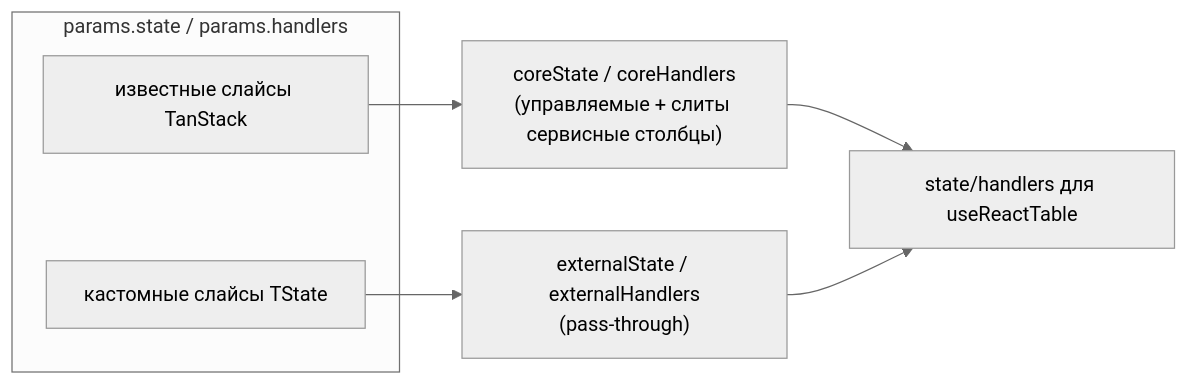
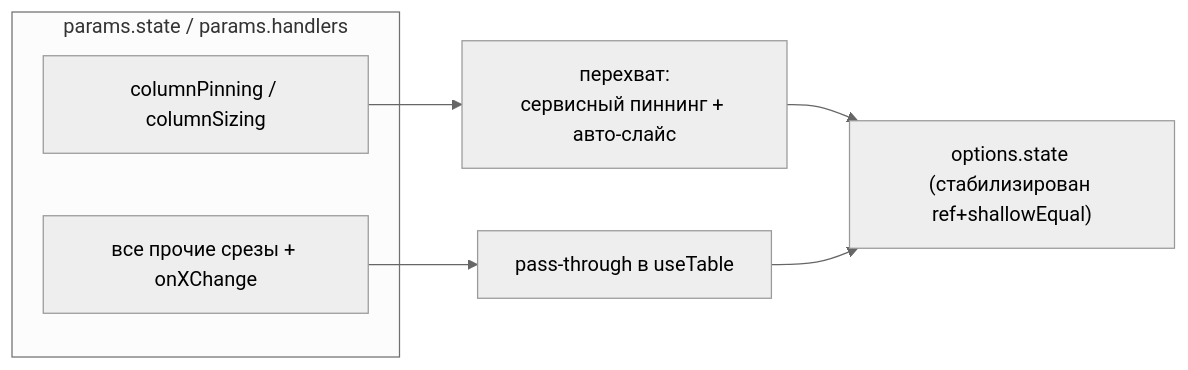
The second of 2 diagrams in docs/architecture/table-assembly.md (tessera-grid/tessera), drawn with Mermaid (neutral theme) before and after one commit. The commit also changed other lines of this file and 9 other files, not shown here.

First line of the commit message:
docs: синхронизация документации под TanStack Table v9

````diff
--- a/docs/architecture/table-assembly.md
+++ b/docs/architecture/table-assembly.md
@@ -71,11 +74,11 @@
 ```mermaid
 flowchart LR
     subgraph input["params.state / params.handlers"]
-        K["известные слайсы TanStack"]
-        X["кастомные слайсы TState"]
+        P["columnPinning / columnSizing"]
+        R["все прочие срезы + onXChange"]
     end
-    K --> CORE["coreState / coreHandlers<br/>(управляемые + слиты сервисные столбцы)"]
-    X --> EXT["externalState / externalHandlers<br/>(pass-through)"]
-    CORE --> MERGE["state/handlers для useReactTable"]
-    EXT --> MERGE
+    P --> CTRL["перехват:<br/>сервисный пиннинг + авто-слайс"]
+    R --> PASS["pass-through в useTable"]
+    CTRL --> MERGE["options.state (стабилизирован ref+shallowEqual)"]
+    PASS --> MERGE
 ```
````
